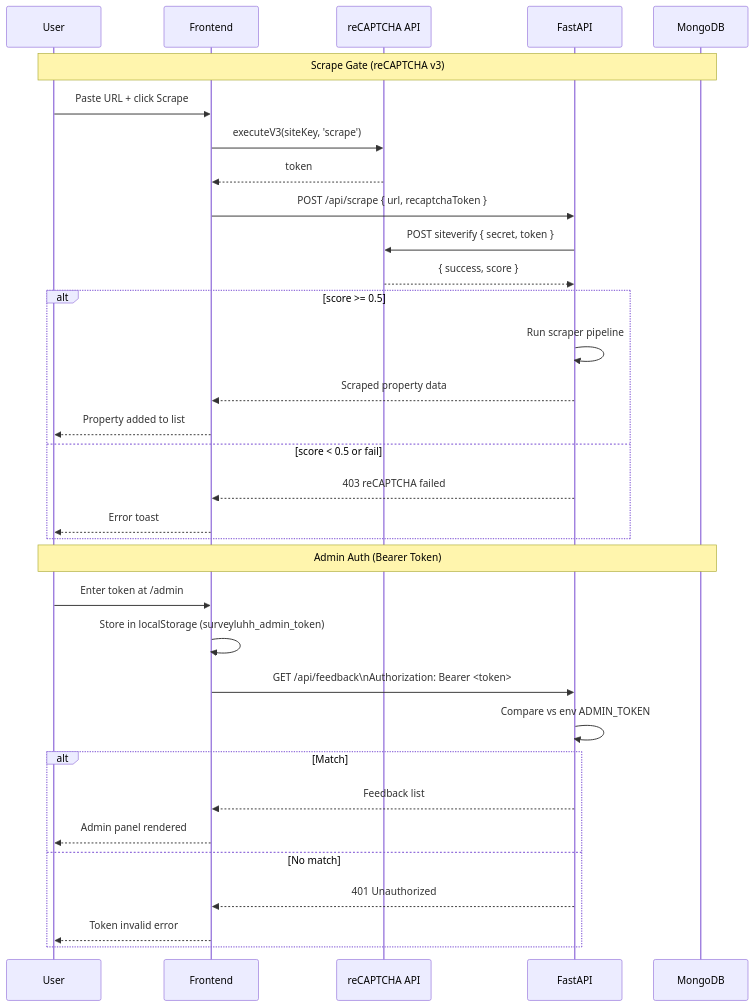
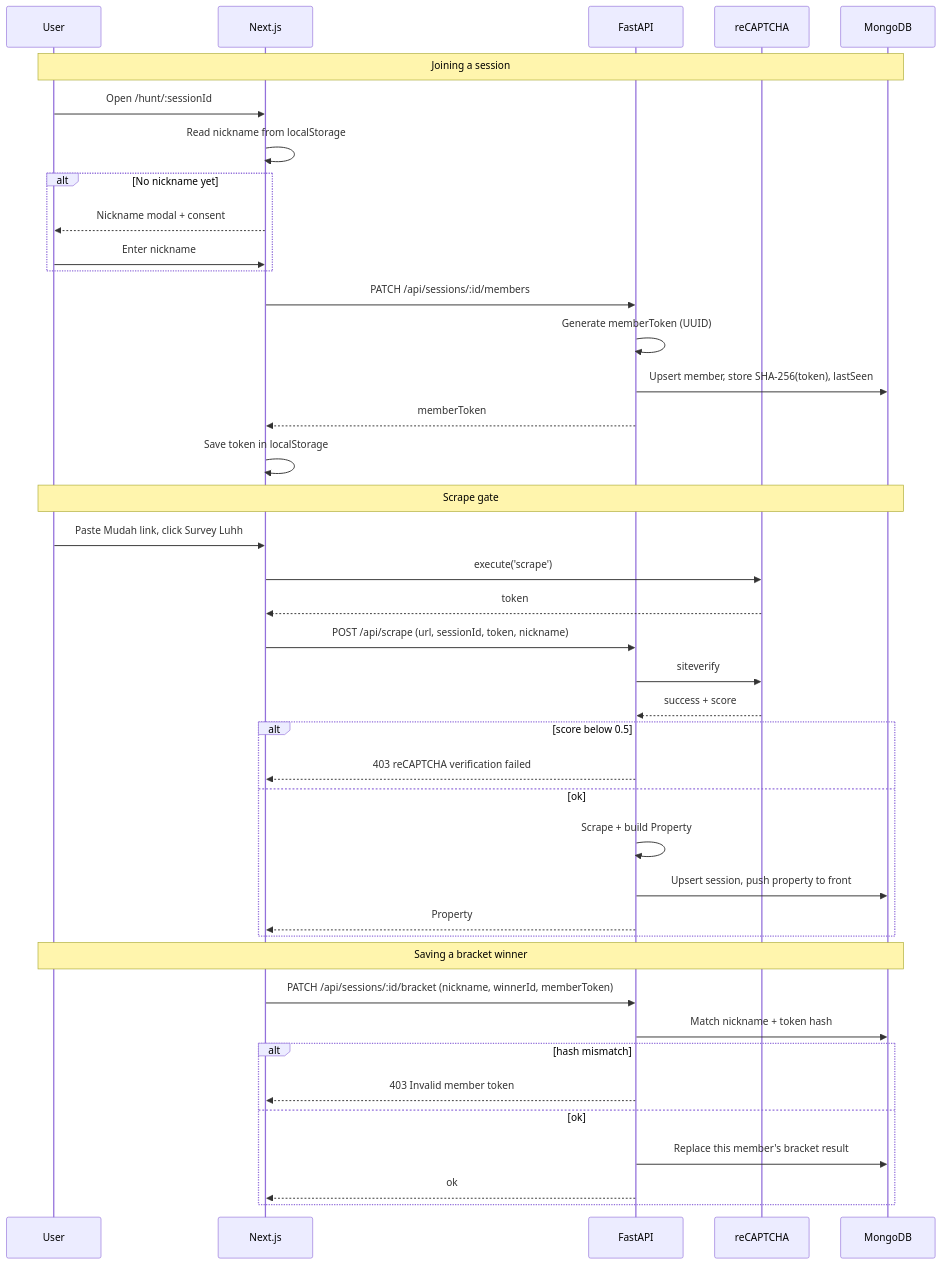
One commit to snsyaqirah/snsyaqirah.github.io changed the sixth of 16 diagrams in portfolio-react/public/docs/surveyluhh.md. Above: the diagram before and after it, drawn with Mermaid. The commit also changed other lines of this file and 101 other files, not shown here.

````diff
--- a/portfolio-react/public/docs/surveyluhh.md
+++ b/portfolio-react/public/docs/surveyluhh.md
@@ -213,37 +224,46 @@
 ```mermaid
 sequenceDiagram
     participant U as User
-    participant FE as Frontend
-    participant RC as reCAPTCHA API
+    participant FE as Next.js
     participant API as FastAPI
+    participant RC as reCAPTCHA
     participant DB as MongoDB
 
-    Note over U,DB: Scrape Gate (reCAPTCHA v3)
-    U->>FE: Paste URL + click Scrape
-    FE->>RC: executeV3(siteKey, 'scrape')
+    Note over U,DB: Joining a session
+    U->>FE: Open /hunt/:sessionId
+    FE->>FE: Read nickname from localStorage
+    alt No nickname yet
+        FE-->>U: Nickname modal + consent
+        U->>FE: Enter nickname
+    end
+    FE->>API: PATCH /api/sessions/:id/members
+    API->>API: Generate memberToken (UUID)
+    API->>DB: Upsert member, store SHA-256(token), lastSeen
+    API-->>FE: memberToken
+    FE->>FE: Save token in localStorage
+
+    Note over U,DB: Scrape gate
+    U->>FE: Paste Mudah link, click Survey Luhh
+    FE->>RC: execute('scrape')
     RC-->>FE: token
-    FE->>API: POST /api/scrape { url, recaptchaToken }
-    API->>RC: POST siteverify { secret, token }
-    RC-->>API: { success, score }
-    alt score >= 0.5
-        API->>API: Run scraper pipeline
-        API-->>FE: Scraped property data
-        FE-->>U: Property added to list
-    else score < 0.5 or fail
-        API-->>FE: 403 reCAPTCHA failed
-        FE-->>U: Error toast
+    FE->>API: POST /api/scrape (url, sessionId, token, nickname)
+    API->>RC: siteverify
+    RC-->>API: success + score
+    alt score below 0.5
+        API-->>FE: 403 reCAPTCHA verification failed
+    else ok
+        API->>API: Scrape + build Property
+        API->>DB: Upsert session, push property to front
+        API-->>FE: Property
     end
 
-    Note over U,DB: Admin Auth (Bearer Token)
-    U->>FE: Enter token at /admin
-    FE->>FE: Store in localStorage (surveyluhh_admin_token)
-    FE->>API: GET /api/feedback\nAuthorization: Bearer <token>
-    API->>API: Compare vs env ADMIN_TOKEN
-    alt Match
-        API-->>FE: Feedback list
-        FE-->>U: Admin panel rendered
-    else No match
-        API-->>FE: 401 Unauthorized
-        FE-->>U: Token invalid error
+    Note over U,DB: Saving a bracket winner
+    FE->>API: PATCH /api/sessions/:id/bracket (nickname, winnerId, memberToken)
+    API->>DB: Match nickname + token hash
+    alt hash mismatch
+        API-->>FE: 403 Invalid member token
+    else ok
+        API->>DB: Replace this member's bracket result
+        API-->>FE: ok
     end
 ```
````
